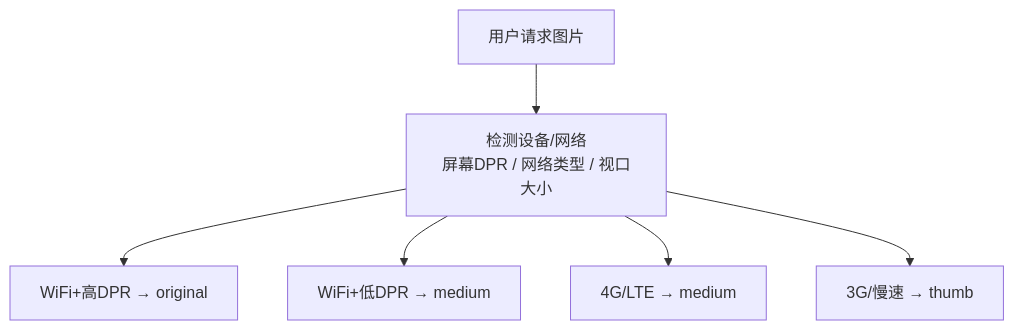
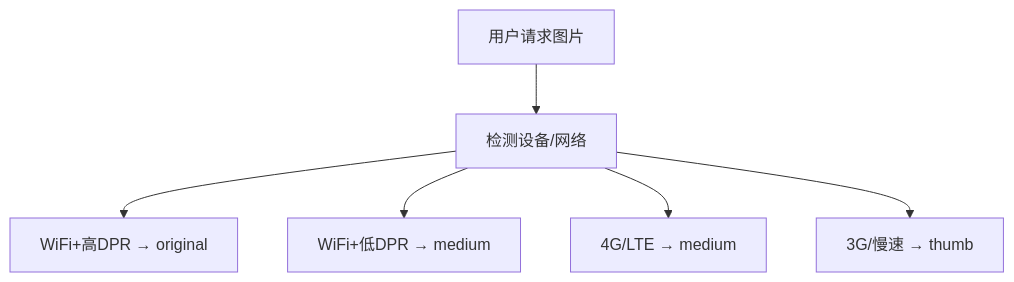
One commit to readmigo/docs changed the sixth of 6 diagrams in 05-operations/monitoring/100k-dau-performance-plan.md. Above: the diagram before and after it, drawn with Mermaid. The commit also changed other lines of this file and 27 other files, not shown here.

First line of the commit message:
audit: remove code snippets, update to 2-env architecture across operations and pipeline docs

````diff
--- a/05-operations/monitoring/100k-dau-performance-plan.md
+++ b/05-operations/monitoring/100k-dau-performance-plan.md
@@ -309,8 +144,8 @@
 ```mermaid
 graph TD
-    A["用户请求图片"] --> B["检测设备/网络<br>屏幕DPR / 网络类型 / 视口大小"]
+    A["用户请求图片"] --> B["检测设备/网络"]
     B --> C["WiFi+高DPR → original"]
     B --> D["WiFi+低DPR → medium"]
     B --> E["4G/LTE → medium"]
     B --> F["3G/慢速 → thumb"]
 ```
````
